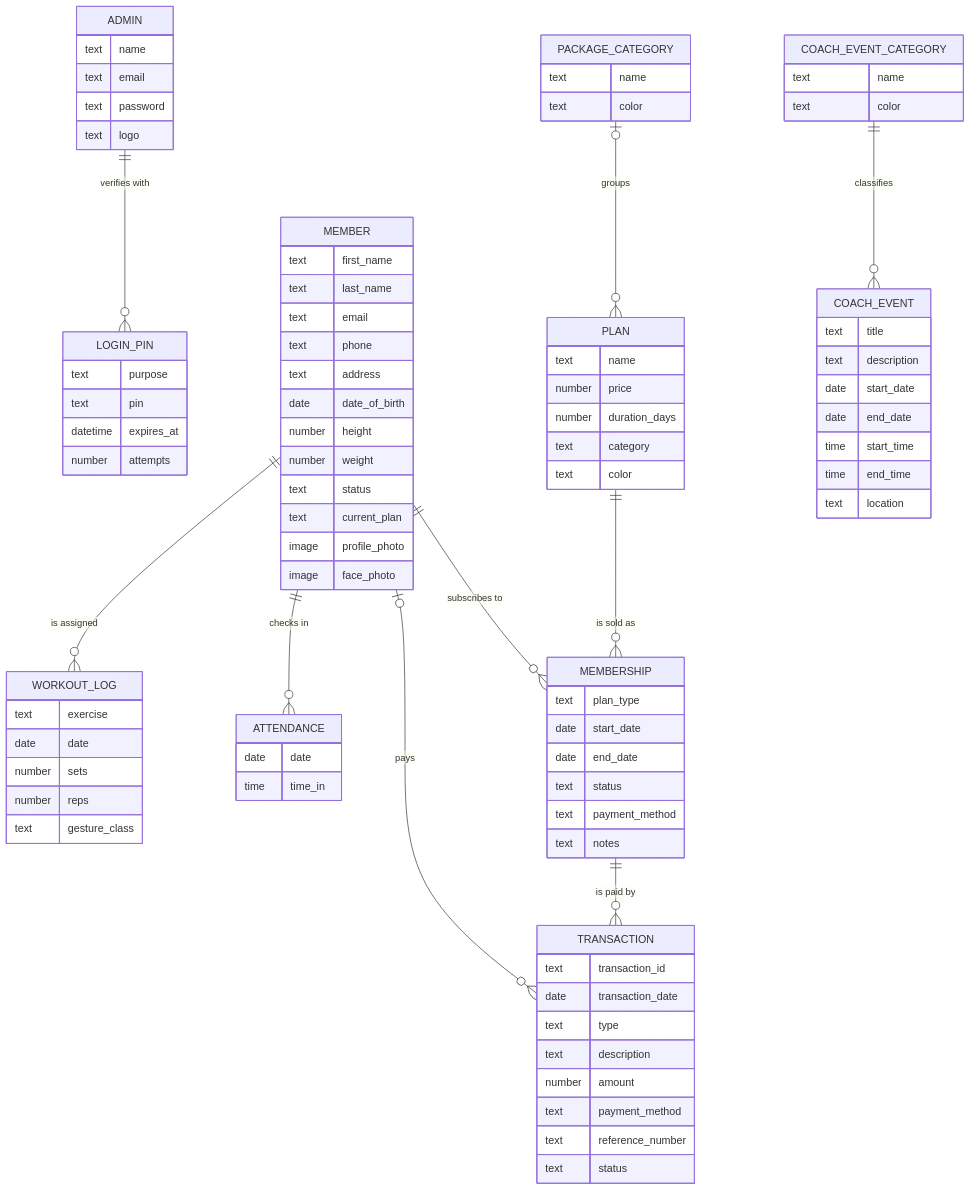
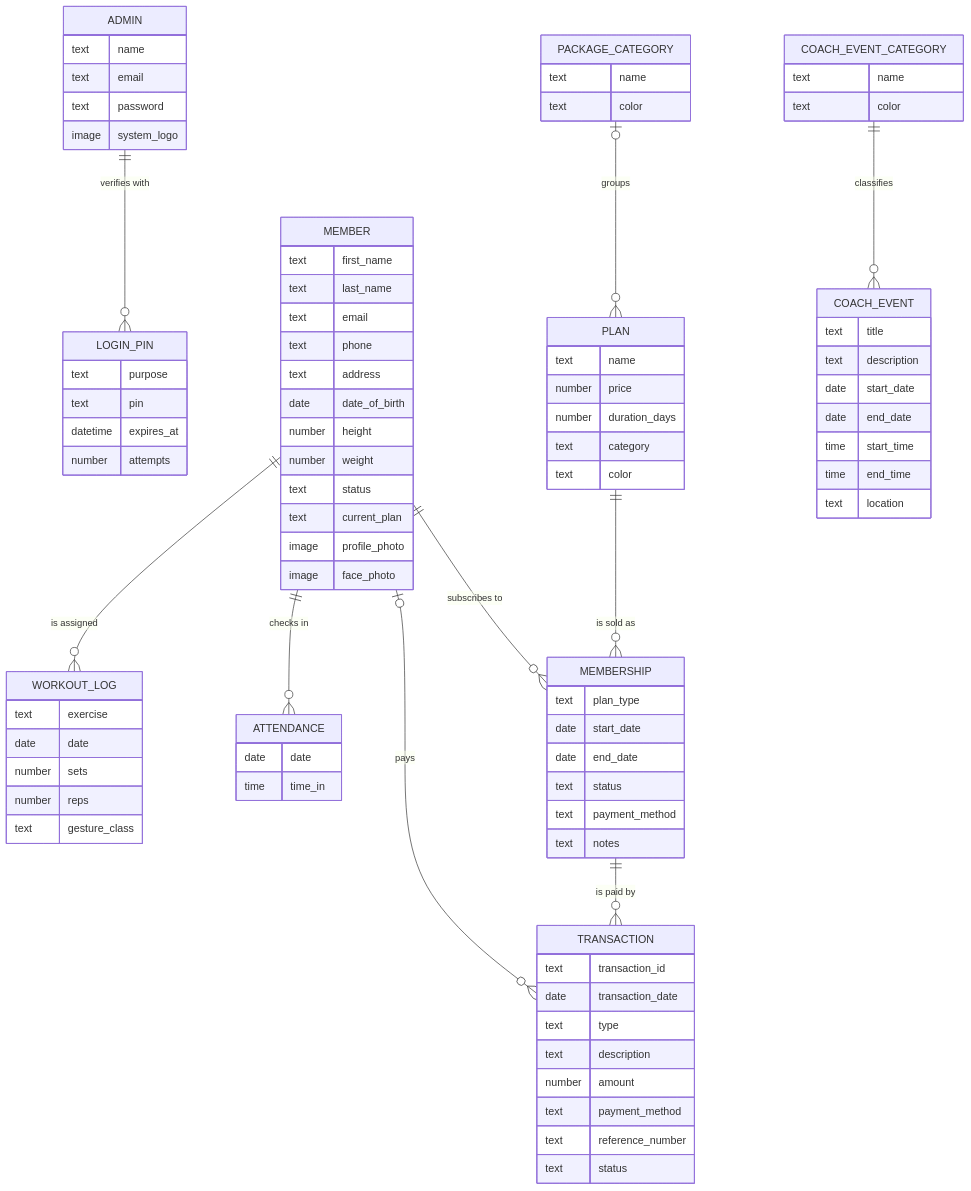
The eighth of 9 diagrams in Chapter4_Diagrams.md (Plonteras191/GYM2-CAPSTONE), drawn with Mermaid before and after one commit. The commit also changed 2 other files, not shown here.

Commit message:
Rename admin logo attribute in the Logical ERD to system_logo
The attribute is the gym logo uploaded on the Admin Profile page
(admins.logo_path). Label it as an image, like the member photos.

Claude-Session: https://claude.ai/code/session_01QVn2HALDtjvuJBcByxSDmA

```diff
--- a/Chapter4_Diagrams.md
+++ b/Chapter4_Diagrams.md
@@ -427,7 +427,7 @@
         text name
         text email
         text password
-        text logo
+        image system_logo
     }
     LOGIN_PIN {
         text purpose
```
